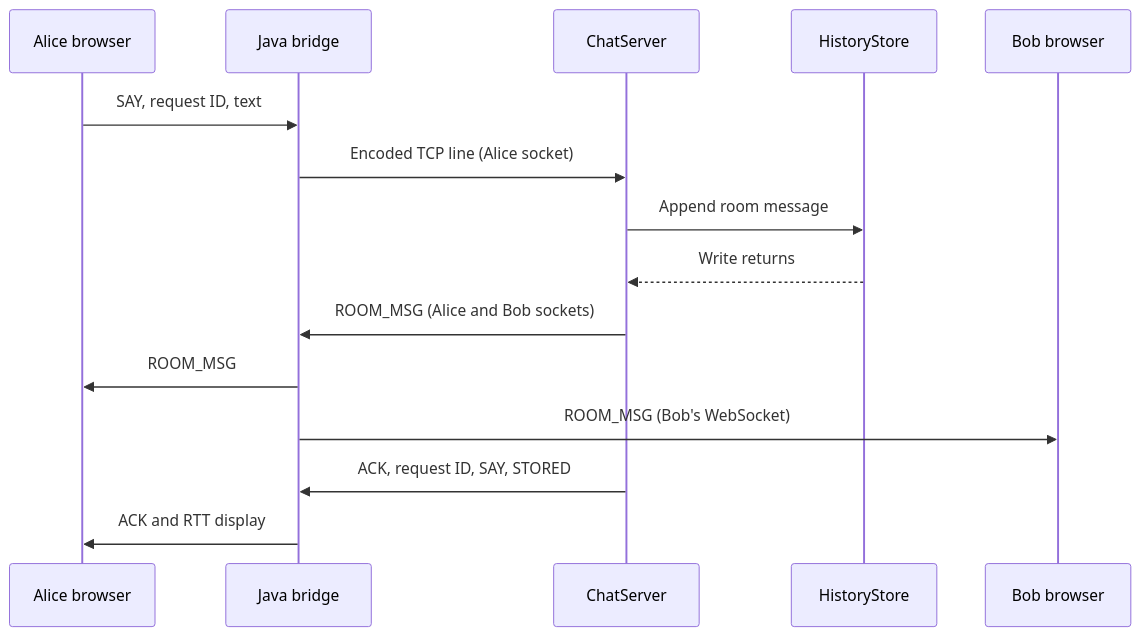
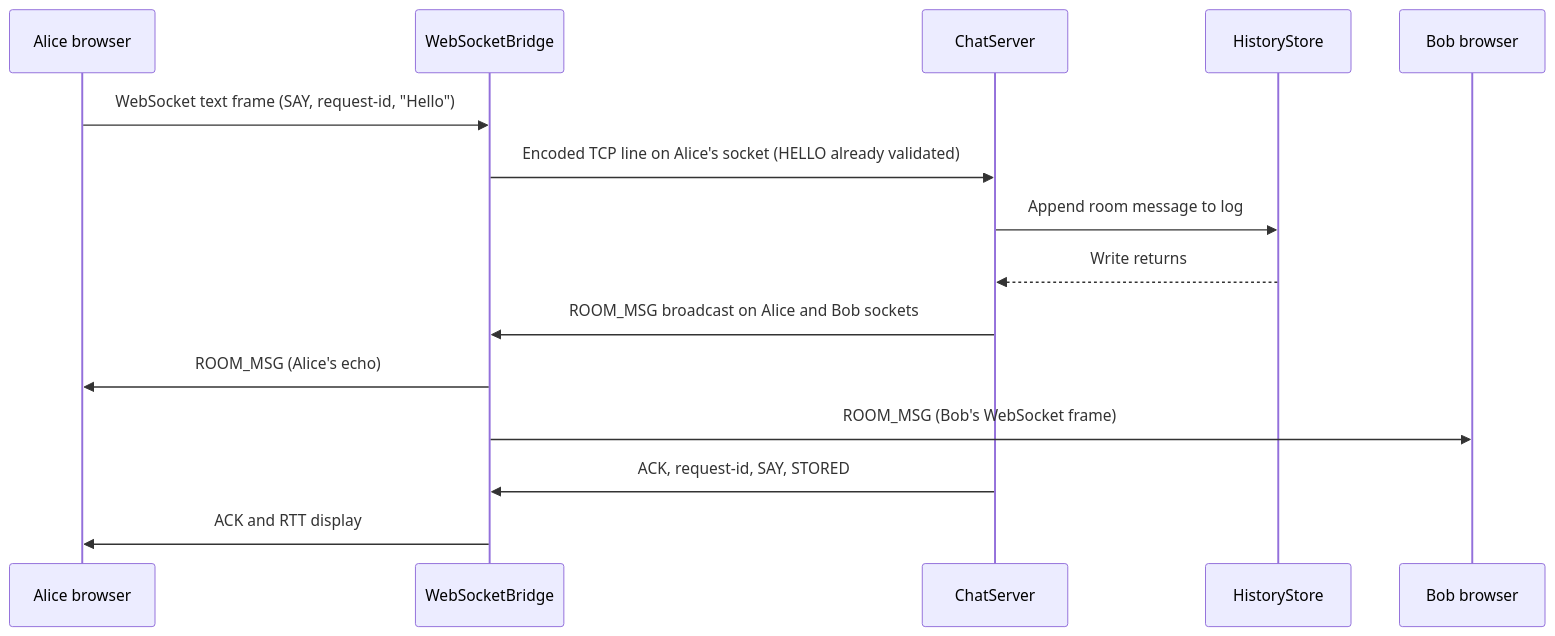
The second of 3 diagrams in README.md (officallyariana/java-chat-web), drawn with Mermaid before and after one commit. The commit also changed other lines of this file, not shown here.

First line of the commit message:
Document account-based chat setup and architecture

````diff
--- a/README.md
+++ b/README.md
@@ -122,17 +278,18 @@
 ```mermaid
 sequenceDiagram
     participant A as Alice browser
-    participant W as Java bridge
+    participant W as WebSocketBridge
     participant S as ChatServer
     participant H as HistoryStore
     participant B as Bob browser
-    A->>W: SAY, request ID, text
-    W->>S: Encoded TCP line (Alice socket)
-    S->>H: Append room message
+
+    A->>W: WebSocket text frame (SAY, request-id, "Hello")
+    W->>S: Encoded TCP line on Alice's socket (HELLO already validated)
+    S->>H: Append room message to log
     H-->>S: Write returns
-    S->>W: ROOM_MSG (Alice and Bob sockets)
-    W->>A: ROOM_MSG
-    W->>B: ROOM_MSG (Bob's WebSocket)
-    S->>W: ACK, request ID, SAY, STORED
+    S->>W: ROOM_MSG broadcast on Alice and Bob sockets
+    W->>A: ROOM_MSG (Alice's echo)
+    W->>B: ROOM_MSG (Bob's WebSocket frame)
+    S->>W: ACK, request-id, SAY, STORED
     W->>A: ACK and RTT display
 ```
````
